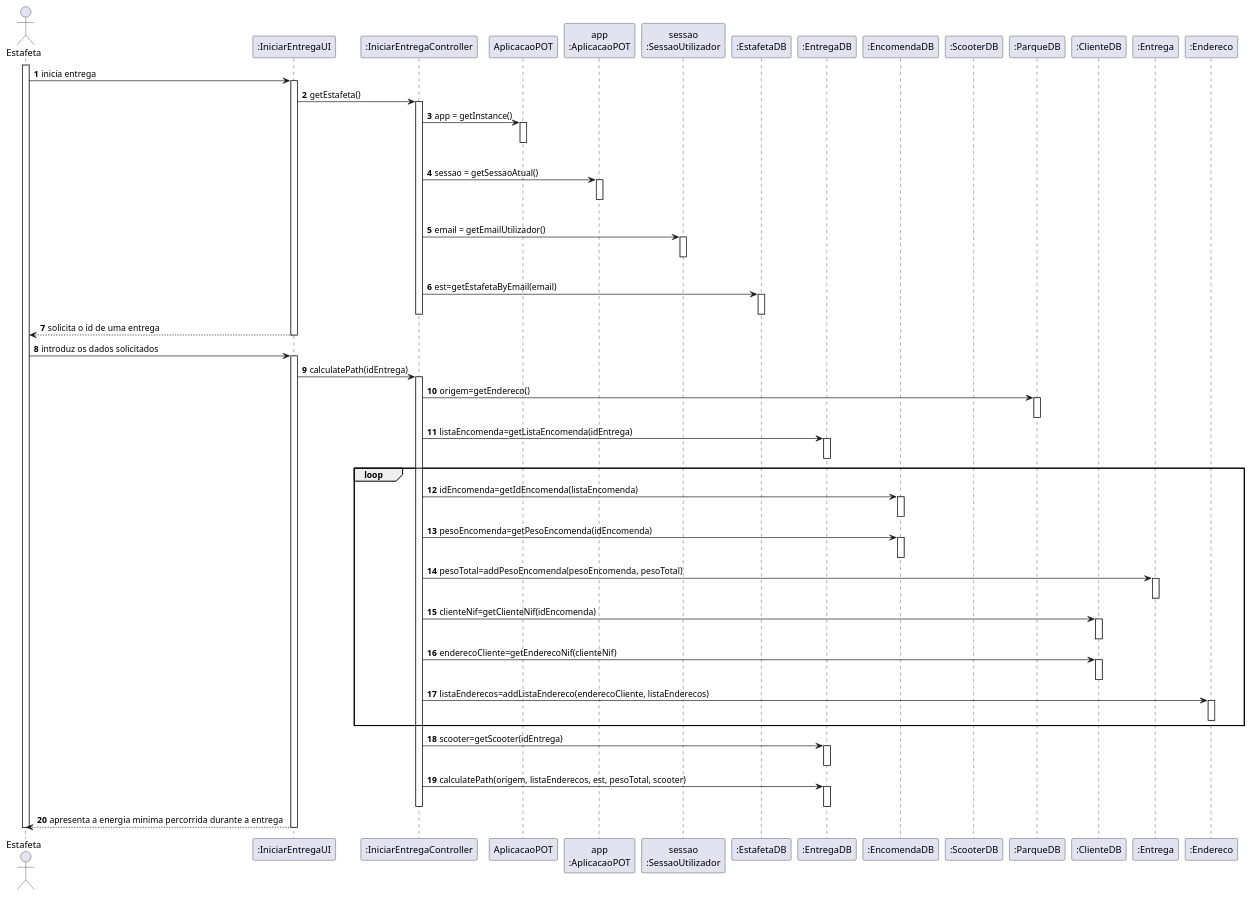
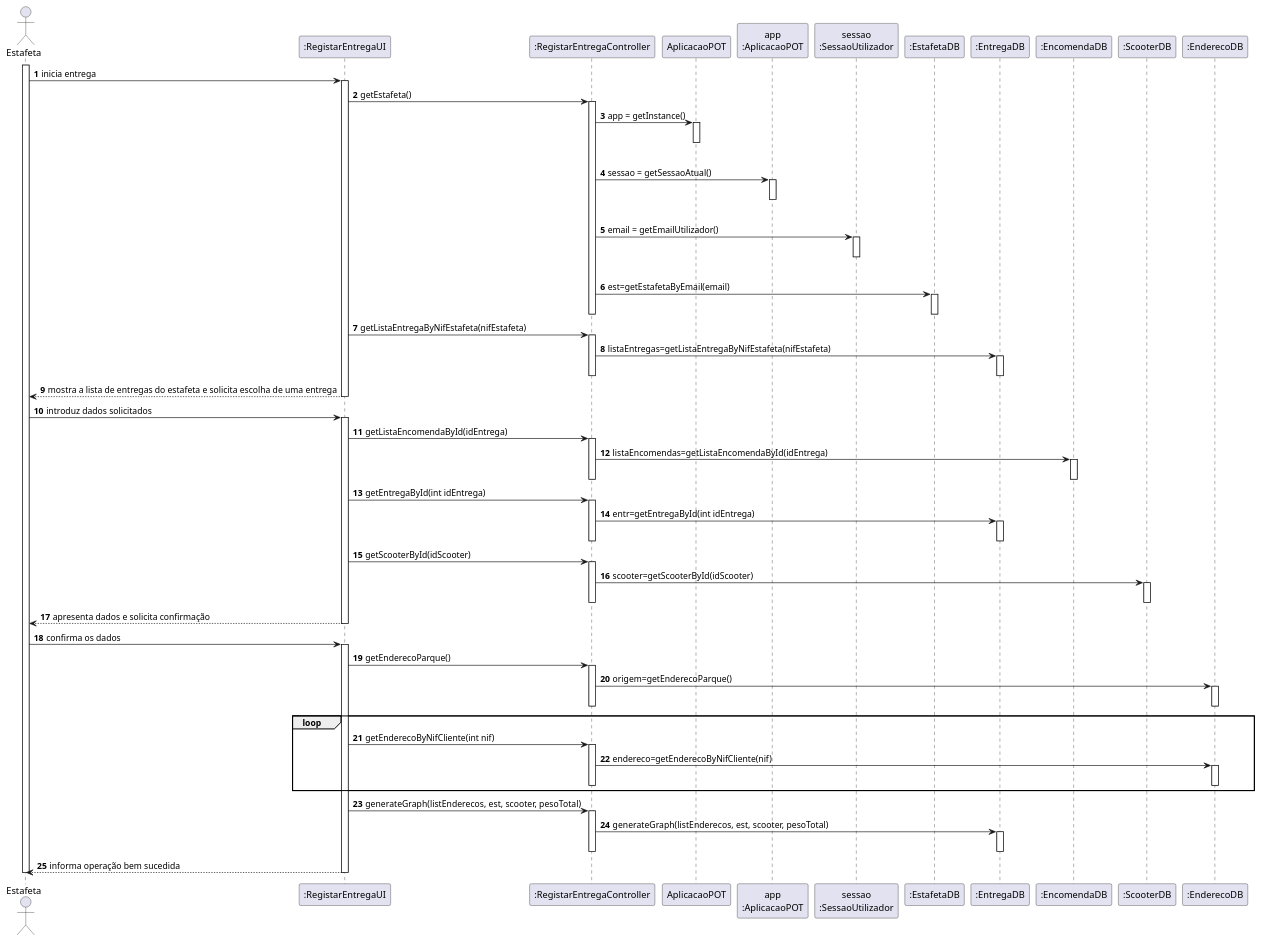
The diagram in docs/UC22/IniciaEntregaSD.puml (pedrolemos4/LAPR3), drawn with PlantUML before and after one commit. The commit also changed 7 other files, not shown here.

```diff
--- a/docs/UC22/IniciaEntregaSD.puml
+++ b/docs/UC22/IniciaEntregaSD.puml
@@ -1,89 +1,103 @@
 @startuml
 autonumber
 actor "Estafeta" as EST
 
-participant ":IniciarEntregaUI" as UI
-participant ":IniciarEntregaController" as CTRL
+participant ":RegistarEntregaUI" as UI
+participant ":RegistarEntregaController" as CTRL
 participant "AplicacaoPOT" as _APP
 participant "app\n:AplicacaoPOT" as APP
 participant "sessao\n:SessaoUtilizador" as SESSAO
 
 participant ":EstafetaDB" as ESTDB
-participant ":EntregaDB" as ENTR
-participant ":EncomendaDB" as ENC
-participant ":ScooterDB" as S
-participant ":ParqueDB" as P
-participant ":ClienteDB" as C
-participant ":Entrega" as EE
-participant ":Endereco" as E
+participant ":EntregaDB" as ENTRDB
 
+participant ":EncomendaDB" as RENC
+participant ":ScooterDB" as RS
+participant ":EnderecoDB" as END
 
 activate EST
 EST -> UI : inicia entrega
 activate UI
 UI -> CTRL : getEstafeta()
 activate CTRL
 CTRL -> _APP: app = getInstance()
 activate _APP
 |||
 deactivate _APP
 CTRL -> APP: sessao = getSessaoAtual()
 activate APP
 |||
 deactivate APP
 
 CTRL -> SESSAO: email = getEmailUtilizador()
 activate SESSAO
 |||
 deactivate SESSAO
 CTRL -> ESTDB : est=getEstafetaByEmail(email)
 activate ESTDB
 deactivate ESTDB
 deactivate CTRL
+UI -> CTRL : getListaEntregaByNifEstafeta(nifEstafeta)
+activate CTRL
+CTRL -> ENTRDB : listaEntregas=getListaEntregaByNifEstafeta(nifEstafeta)
+activate ENTRDB
+deactivate ENTRDB
 deactivate CTRL
-UI --> EST : solicita o id de uma entrega
+UI --> EST : mostra a lista de entregas do estafeta e solicita escolha de uma entrega
 deactivate UI
 
-EST -> UI : introduz os dados solicitados
+EST -> UI : introduz dados solicitados
 activate UI
-UI -> CTRL : calculatePath(idEntrega)
+UI -> CTRL : getListaEncomendaById(idEntrega)
 activate CTRL
-CTRL -> P : origem=getEndereco()
-activate P
-deactivate P
-CTRL -> ENTR : listaEncomenda=getListaEncomenda(idEntrega)
-activate ENTR
-deactivate ENTR
+CTRL -> RENC : listaEncomendas=getListaEncomendaById(idEntrega)
+activate RENC
+deactivate RENC
+deactivate CTRL
+UI -> CTRL : getEntregaById(int idEntrega)
+activate CTRL
+CTRL -> ENTRDB : entr=getEntregaById(int idEntrega)
+activate ENTRDB
+deactivate ENTRDB
+deactivate CTRL
+UI -> CTRL : getScooterById(idScooter)
+activate CTRL
+CTRL -> RS : scooter=getScooterById(idScooter)
+activate RS
+deactivate RS
+deactivate CTRL
+
+
+UI --> EST : apresenta dados e solicita confirmação
+deactivate UI
+
+EST -> UI : confirma os dados
+activate UI
+UI -> CTRL : getEnderecoParque()
+activate CTRL
+CTRL-> END : origem=getEnderecoParque()
+activate END
+deactivate END
+deactivate CTRL
 loop
-CTRL -> ENC : idEncomenda=getIdEncomenda(listaEncomenda)
-activate ENC
-deactivate ENC
-CTRL -> ENC : pesoEncomenda=getPesoEncomenda(idEncomenda)
-activate ENC
-deactivate ENC
-CTRL -> EE : pesoTotal=addPesoEncomenda(pesoEncomenda, pesoTotal)
-activate EE
-deactivate EE
-CTRL -> C : clienteNif=getClienteNif(idEncomenda)
-activate C
-deactivate C
-CTRL -> C : enderecoCliente=getEnderecoNif(clienteNif)
-activate C
-deactivate C
-CTRL -> E : listaEnderecos=addListaEndereco(enderecoCliente, listaEnderecos)
-activate E
-deactivate E
+UI -> CTRL : getEnderecoByNifCliente(int nif)
+activate CTRL
+CTRL -> END : endereco=getEnderecoByNifCliente(nif)
+activate END
+deactivate END
+deactivate CTRL
 end loop
-CTRL -> ENTR : scooter=getScooter(idEntrega)
-activate ENTR
-deactivate ENTR
-CTRL -> ENTR : calculatePath(origem, listaEnderecos, est, pesoTotal, scooter)
-activate ENTR
-deactivate ENTR
+
+UI -> CTRL : generateGraph(listEnderecos, est, scooter, pesoTotal)
+activate CTRL
+CTRL -> ENTRDB : generateGraph(listEnderecos, est, scooter, pesoTotal)
+activate ENTRDB
+deactivate ENTRDB
 deactivate CTRL
-UI --> EST : apresenta a energia minima percorrida durante a entrega
+UI --> EST : informa operação bem sucedida
+deactivate CTRL
 deactivate UI
 
 deactivate EST
 
 @enduml
```
